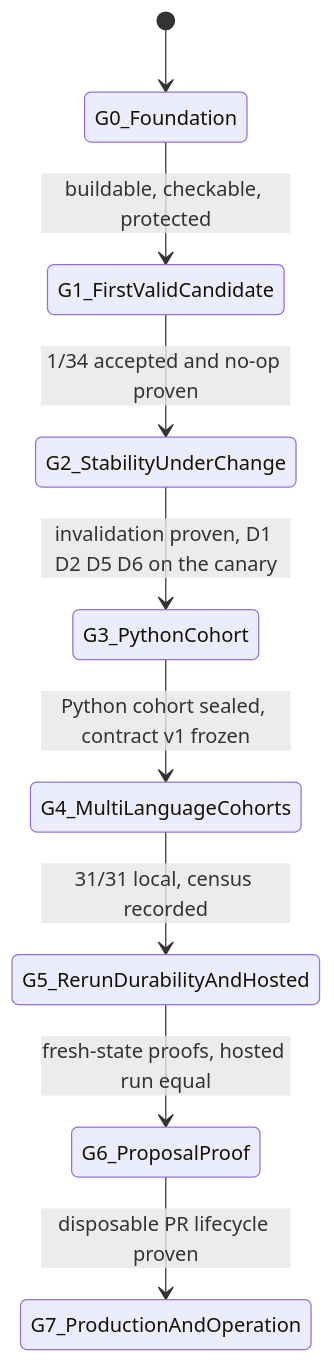
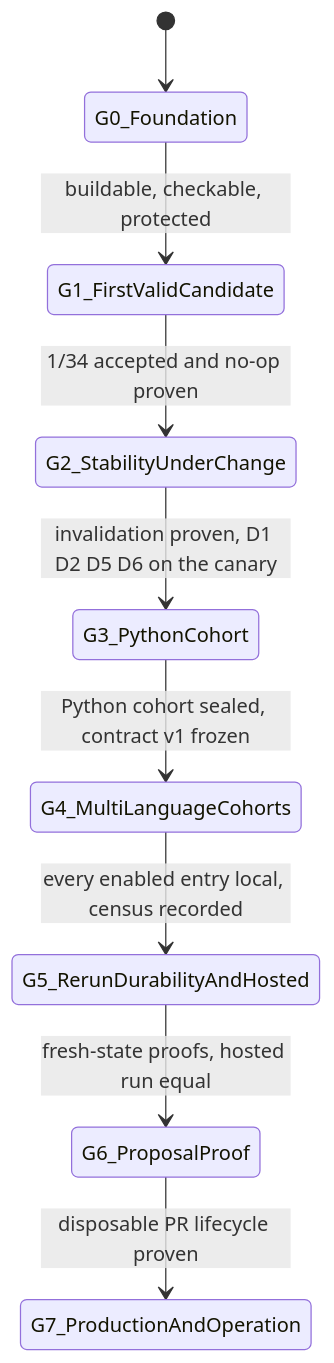
Before and after one commit to babar-raza/repository-presenter: the first of 2 diagrams in docs/EXECUTION_STATE_MACHINE.md, drawn with Mermaid. The commit also changed other lines of this file and 7 other files, not shown here.

````diff
--- a/docs/EXECUTION_STATE_MACHINE.md
+++ b/docs/EXECUTION_STATE_MACHINE.md
@@ -103,11 +103,11 @@
 ```mermaid
 stateDiagram-v2
     [*] --> G0_Foundation
     G0_Foundation --> G1_FirstValidCandidate: buildable, checkable, protected
     G1_FirstValidCandidate --> G2_StabilityUnderChange: 1/34 accepted and no-op proven
     G2_StabilityUnderChange --> G3_PythonCohort: invalidation proven, D1 D2 D5 D6 on the canary
     G3_PythonCohort --> G4_MultiLanguageCohorts: Python cohort sealed, contract v1 frozen
-    G4_MultiLanguageCohorts --> G5_RerunDurabilityAndHosted: 31/31 local, census recorded
+    G4_MultiLanguageCohorts --> G5_RerunDurabilityAndHosted: every enabled entry local, census recorded
     G5_RerunDurabilityAndHosted --> G6_ProposalProof: fresh-state proofs, hosted run equal
     G6_ProposalProof --> G7_ProductionAndOperation: disposable PR lifecycle proven
 ```
````
